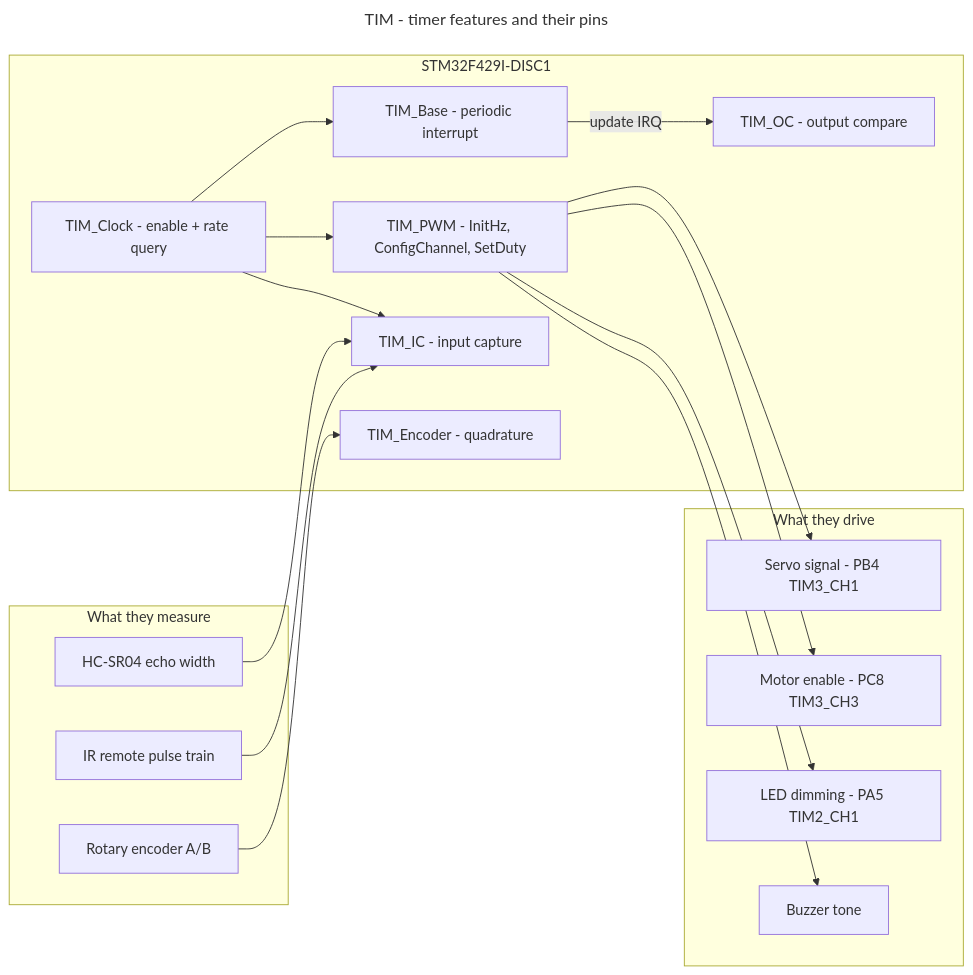
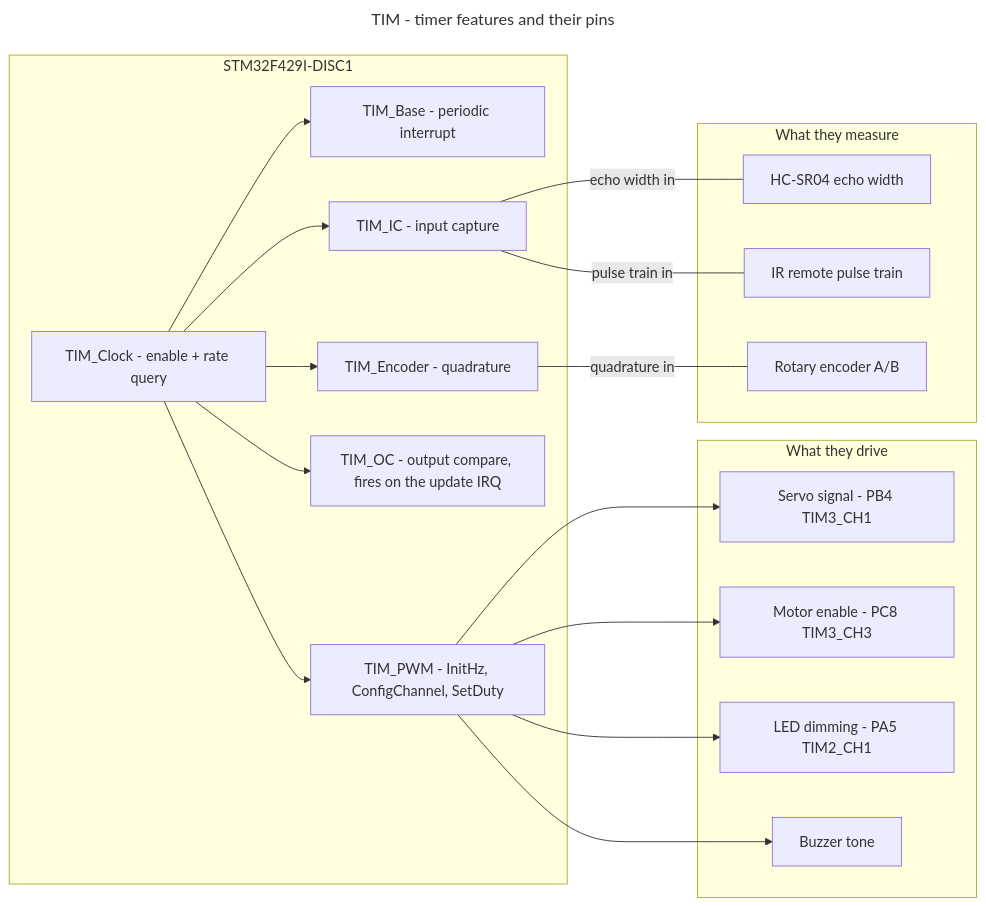
One commit to Ekpenyong-Esu/BareMetalMCU2 changed the diagram in Sensor_Cons/Peripherals/TIM/tim_wiring.mmd. Above: the diagram before and after it, drawn with Mermaid. The commit also changed 13 other files, not shown here.

Commit message:
Rank the remaining wiring diagrams into a single row

```diff
--- a/Sensor_Cons/Peripherals/TIM/tim_wiring.mmd
+++ b/Sensor_Cons/Peripherals/TIM/tim_wiring.mmd
@@ -1,45 +1,46 @@
 ---
 title: TIM - timer features and their pins
 ---
 %% ON-CHIP ONLY. Timers have no wiring of their own - they lend a pin an
 %% alternate function.
 %% Alternate function per instance, from Peripherals/SERVO/servo_pwm.c:
 %%   TIM1/TIM2 -> AF1, TIM3/4/5 -> AF2, TIM8/9/10/11 -> AF3, TIM12/13/14 -> AF9.
 %% Free timer-capable pins on this board: PB4 (TIM3_CH1), PC8 (TIM3_CH3),
 %% PB7 (TIM4_CH2), PA5 (TIM2_CH1).
 %% TIM6 and TIM7 are time-base only - they have NO output pins.
 %% TIM_Clock_GetHz returns double the APB clock when the prescaler is not 1.
 flowchart LR
     subgraph MCU["STM32F429I-DISC1"]
         CLK["TIM_Clock - enable + rate query"]
         BASE["TIM_Base - periodic interrupt"]
         PWM["TIM_PWM - InitHz, ConfigChannel, SetDuty"]
         IC["TIM_IC - input capture"]
-        OC["TIM_OC - output compare"]
+        OC["TIM_OC - output compare, fires on the update IRQ"]
         ENC["TIM_Encoder - quadrature"]
     end
 
     subgraph OUTS["What they drive"]
         SERVOP["Servo signal - PB4 TIM3_CH1"]
         MOTORP["Motor enable - PC8 TIM3_CH3"]
         LEDP["LED dimming - PA5 TIM2_CH1"]
         BUZZ["Buzzer tone"]
     end
 
     subgraph INS["What they measure"]
         ECHOP["HC-SR04 echo width"]
         IRP["IR remote pulse train"]
         KNOB["Rotary encoder A/B"]
     end
 
     CLK --> BASE
     CLK --> PWM
     CLK --> IC
+    CLK --> OC
+    CLK --> ENC
     PWM --> SERVOP
     PWM --> MOTORP
     PWM --> LEDP
     PWM --> BUZZ
-    ECHOP --> IC
-    IRP --> IC
-    KNOB --> ENC
-    BASE -->|"update IRQ"| OC
+    IC ---|"echo width in"| ECHOP
+    IC ---|"pulse train in"| IRP
+    ENC ---|"quadrature in"| KNOB
```
